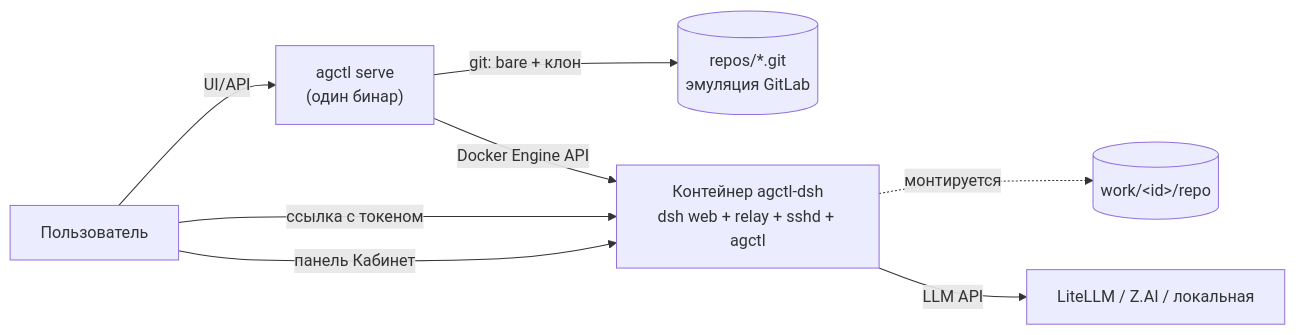
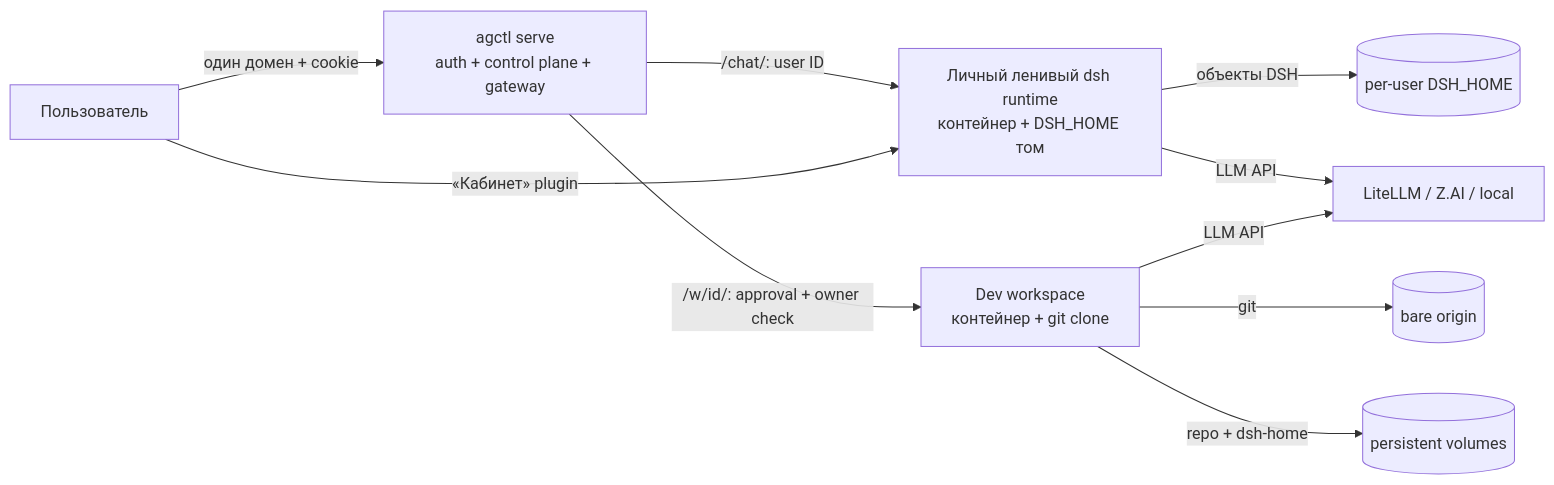
The diagram in README.md (arijjia/agctl), drawn with Mermaid before and after one commit. The commit also changed other lines of this file and 24 other files, not shown here.

Commit message:
feat(mvp): per-user lazy DSH chat, workspace approval UI and root login flow

````diff
--- a/README.md
+++ b/README.md
@@ -13,10 +13,12 @@
 ```mermaid
 flowchart LR
-    U[Пользователь] -->|UI/API| B["agctl serve<br/>(один бинар)"]
-    B -->|git: bare + клон| R[("repos/*.git<br/>эмуляция GitLab")]
-    B -->|Docker Engine API| C["Контейнер agctl-dsh<br/>dsh web + relay + sshd + agctl"]
-    C -.монтируется.-> W[("work/&lt;id&gt;/repo")]
-    C -->|LLM API| L[LiteLLM / Z.AI / локальная]
-    U -->|ссылка с токеном| C
-    U -->|панель Кабинет| C
+    U[Пользователь] -->|один домен + cookie| B["agctl serve<br/>auth + control plane + gateway"]
+    B -->|/chat/: user ID| T["Личный ленивый dsh runtime<br/>контейнер + DSH_HOME том"]
+    B -->|/w/id/: approval + owner check| D["Dev workspace<br/>контейнер + git clone"]
+    D -->|git| R[("bare origin")]
+    T -->|объекты DSH| S[("per-user DSH_HOME")]
+    D -->|repo + dsh-home| V[("persistent volumes")]
+    T -->|LLM API| L[LiteLLM / Z.AI / local]
+    D -->|LLM API| L
+    U -->|«Кабинет» plugin| T
 ```
````
